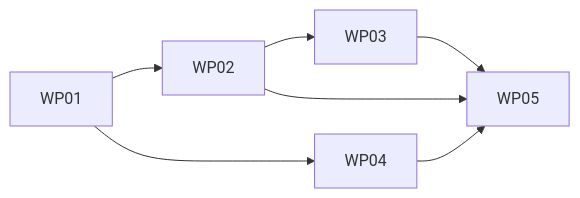
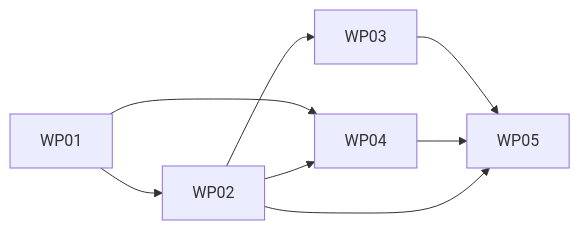
One commit to spec-kitty/spec-kitty changed the diagram in kitty-specs/planning-lane-write-branch-01M8A725/tasks.md. Above: the diagram before and after it, drawn with Mermaid. The commit also changed other lines of this file and 6 other files, not shown here.

````diff
--- a/kitty-specs/planning-lane-write-branch-01M8A725/tasks.md
+++ b/kitty-specs/planning-lane-write-branch-01M8A725/tasks.md
@@ -100,6 +102,7 @@
 ```mermaid
 flowchart LR
     WP01 --> WP02 --> WP03 --> WP05
     WP01 --> WP04 --> WP05
+    WP02 --> WP04
     WP02 --> WP05
 ```
````
